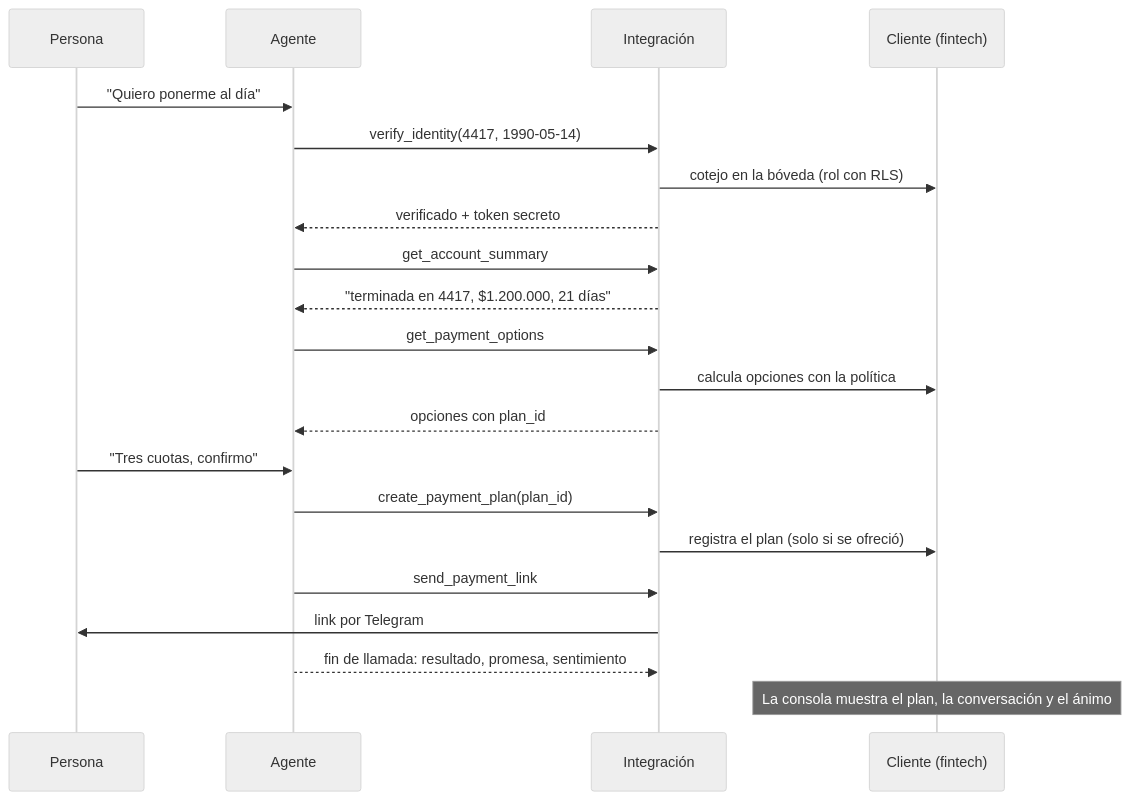
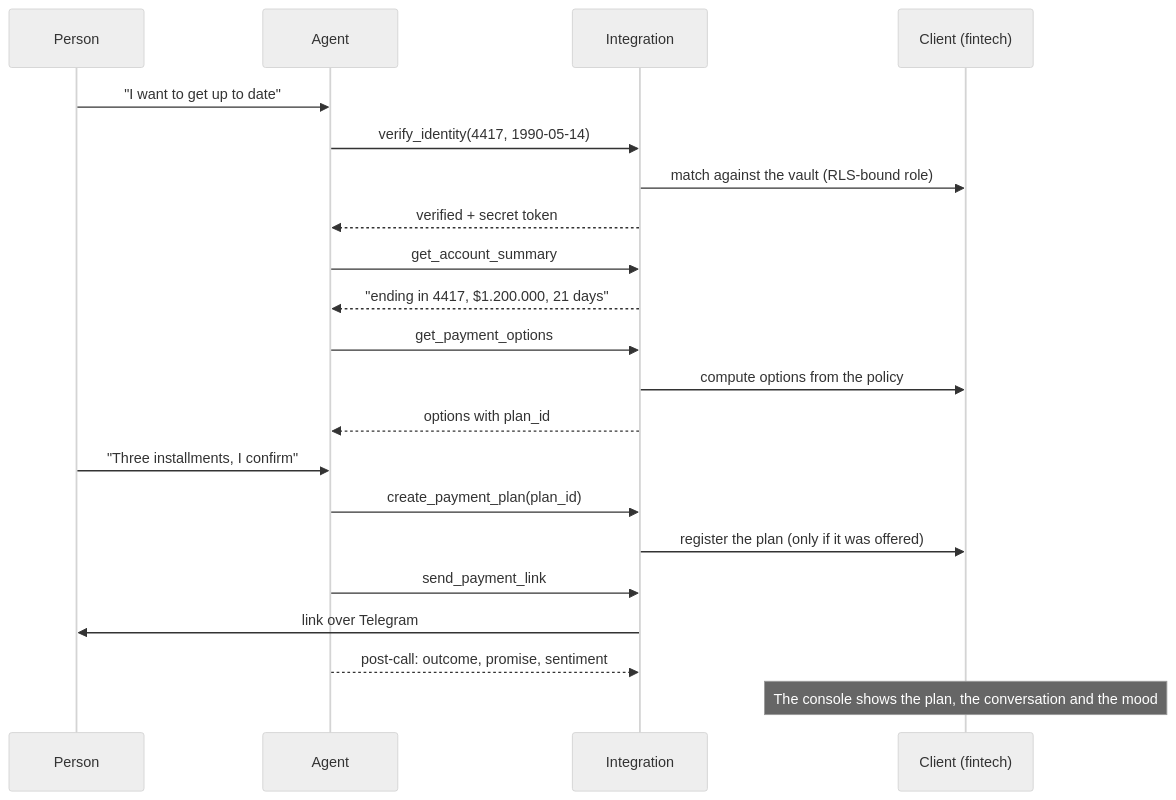
The second of 2 diagrams in README.md (AnuarHarb/voice-agent), drawn with Mermaid (neutral theme) before and after one commit. The commit also changed other lines of this file, not shown here.

````diff
--- a/README.md
+++ b/README.md
@@ -127,23 +127,23 @@
 ```mermaid
 sequenceDiagram
-    participant P as Persona
-    participant A as Agente
-    participant I as Integración
-    participant C as Cliente (fintech)
-    P->>A: "Quiero ponerme al día"
+    participant P as Person
+    participant A as Agent
+    participant I as Integration
+    participant C as Client (fintech)
+    P->>A: "I want to get up to date"
     A->>I: verify_identity(4417, 1990-05-14)
-    I->>C: cotejo en la bóveda (rol con RLS)
-    I-->>A: verificado + token secreto
+    I->>C: match against the vault (RLS-bound role)
+    I-->>A: verified + secret token
     A->>I: get_account_summary
-    I-->>A: "terminada en 4417, $1.200.000, 21 días"
+    I-->>A: "ending in 4417, $1.200.000, 21 days"
     A->>I: get_payment_options
-    I->>C: calcula opciones con la política
-    I-->>A: opciones con plan_id
-    P->>A: "Tres cuotas, confirmo"
+    I->>C: compute options from the policy
+    I-->>A: options with plan_id
+    P->>A: "Three installments, I confirm"
     A->>I: create_payment_plan(plan_id)
-    I->>C: registra el plan (solo si se ofreció)
+    I->>C: register the plan (only if it was offered)
     A->>I: send_payment_link
-    I->>P: link por Telegram
-    A-->>I: fin de llamada: resultado, promesa, sentimiento
-    Note over C: La consola muestra el plan, la conversación y el ánimo
+    I->>P: link over Telegram
+    A-->>I: post-call: outcome, promise, sentiment
+    Note over C: The console shows the plan, the conversation and the mood
 ```
````
